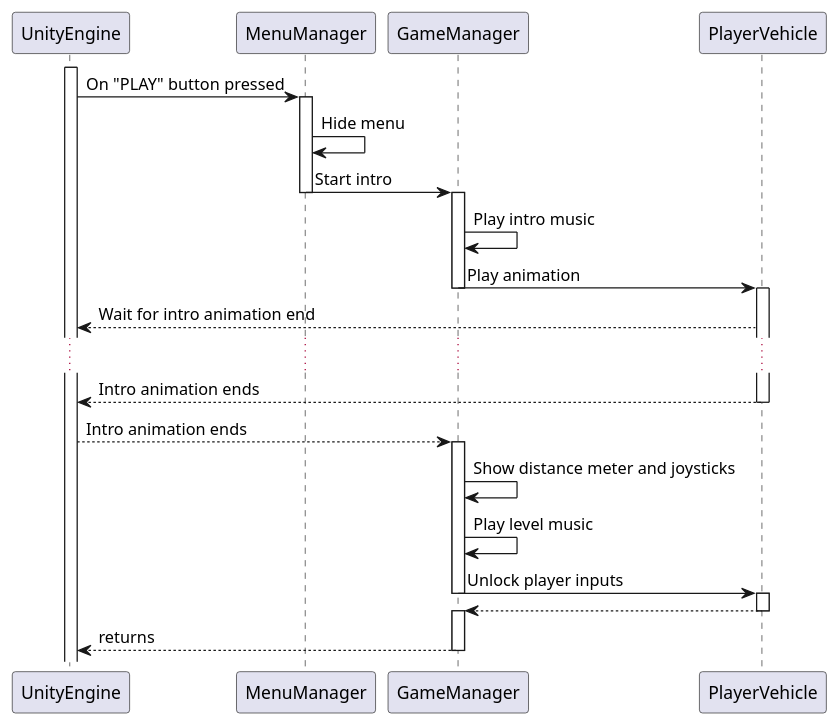
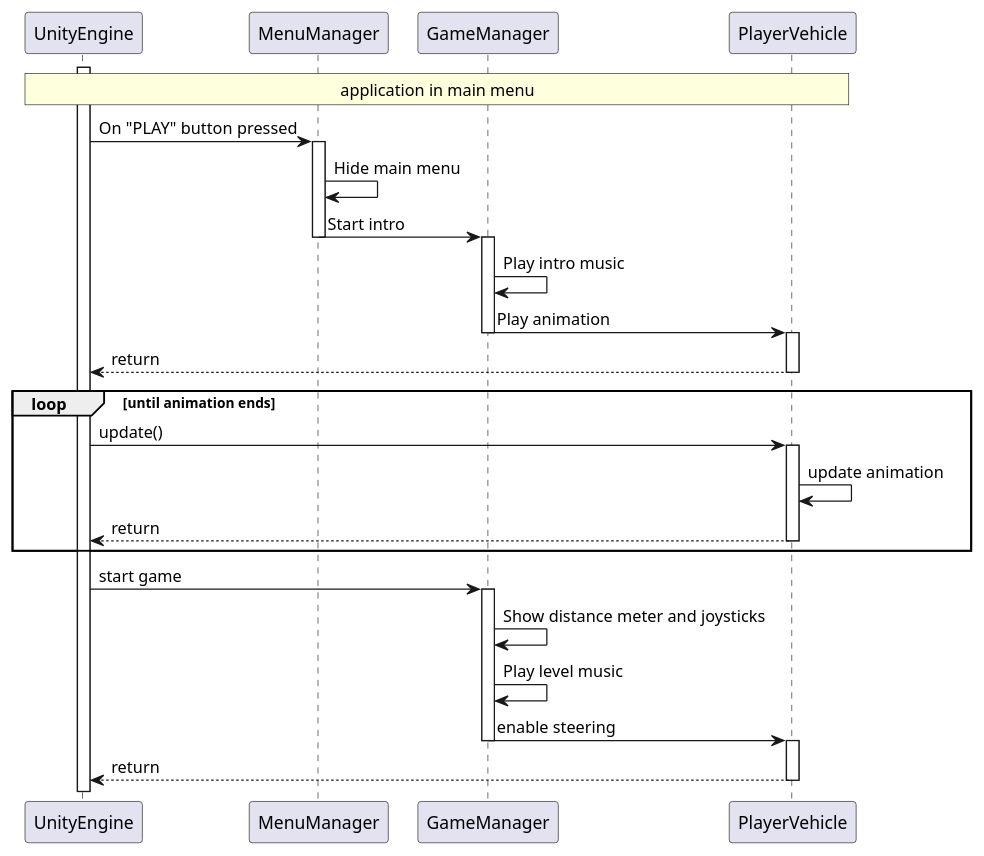
One commit to CKTA00/Robbery_Rush_UML changed the diagram in UML/UI_sequence_diagram.puml. Above: the diagram before and after it, drawn with PlantUML. The commit also changed 3 other files, not shown here.

```diff
--- a/UML/UI_sequence_diagram.puml
+++ b/UML/UI_sequence_diagram.puml
@@ -1,26 +1,31 @@
 @startuml
 'https://plantuml.com/sequence-diagram
 
-'<<<<<<< Updated upstream
 participant UnityEngine
+rnote across: application in main menu
+
 activate UnityEngine
 
 UnityEngine -> MenuManager ++: On "PLAY" button pressed
-MenuManager -> MenuManager : Hide menu
+MenuManager -> MenuManager : Hide main menu
 MenuManager -> GameManager --++ : Start intro
 GameManager->GameManager  : Play intro music
 GameManager-> PlayerVehicle --++: Play animation
-PlayerVehicle --> UnityEngine : Wait for intro animation end
-...
-UnityEngine <-- PlayerVehicle --: Intro animation ends
-UnityEngine --> GameManager ++: Intro animation ends
+PlayerVehicle --> UnityEngine --: return
+
+loop until animation ends
+    UnityEngine -> PlayerVehicle ++:update()
+    PlayerVehicle -> PlayerVehicle: update animation
+    UnityEngine <-- PlayerVehicle --:return
+end
+
+UnityEngine -> GameManager ++: start game
 
 GameManager -> GameManager: Show distance meter and joysticks
 GameManager -> GameManager: Play level music
-GameManager -> PlayerVehicle --++: Unlock player inputs
-GameManager <-- PlayerVehicle --++
+GameManager -> PlayerVehicle --++: enable steering
+UnityEngine <-- PlayerVehicle --: return
 
 
-GameManager --> UnityEngine --: returns
 
 @enduml
```
